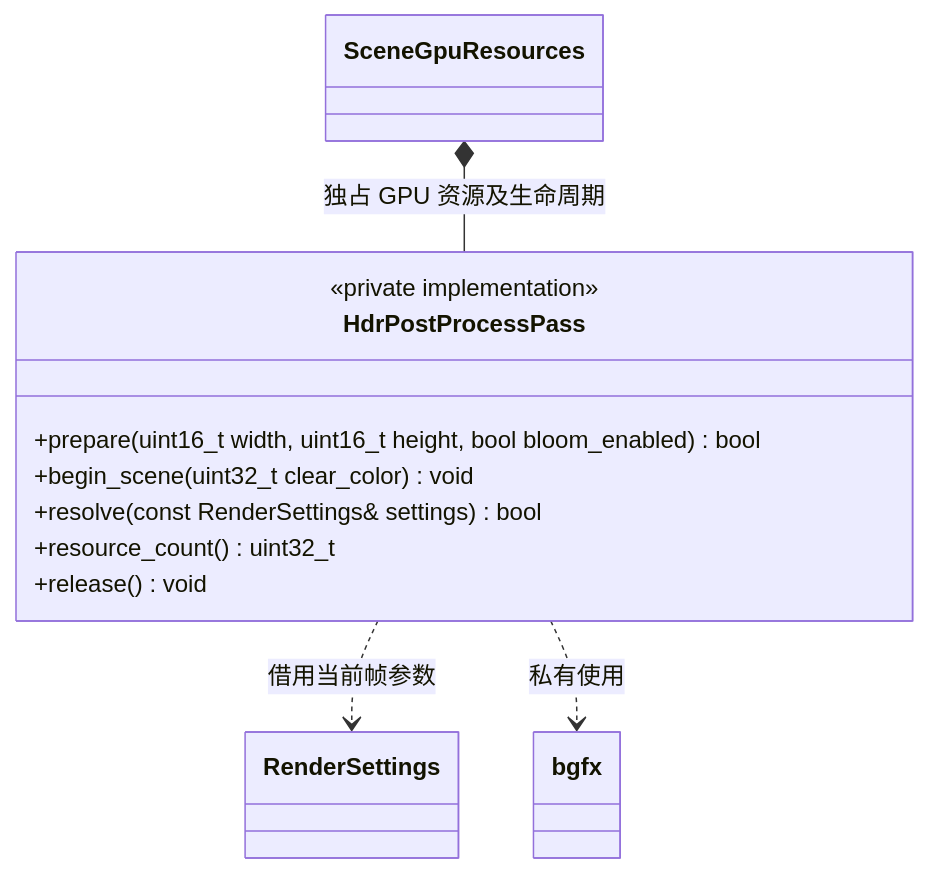
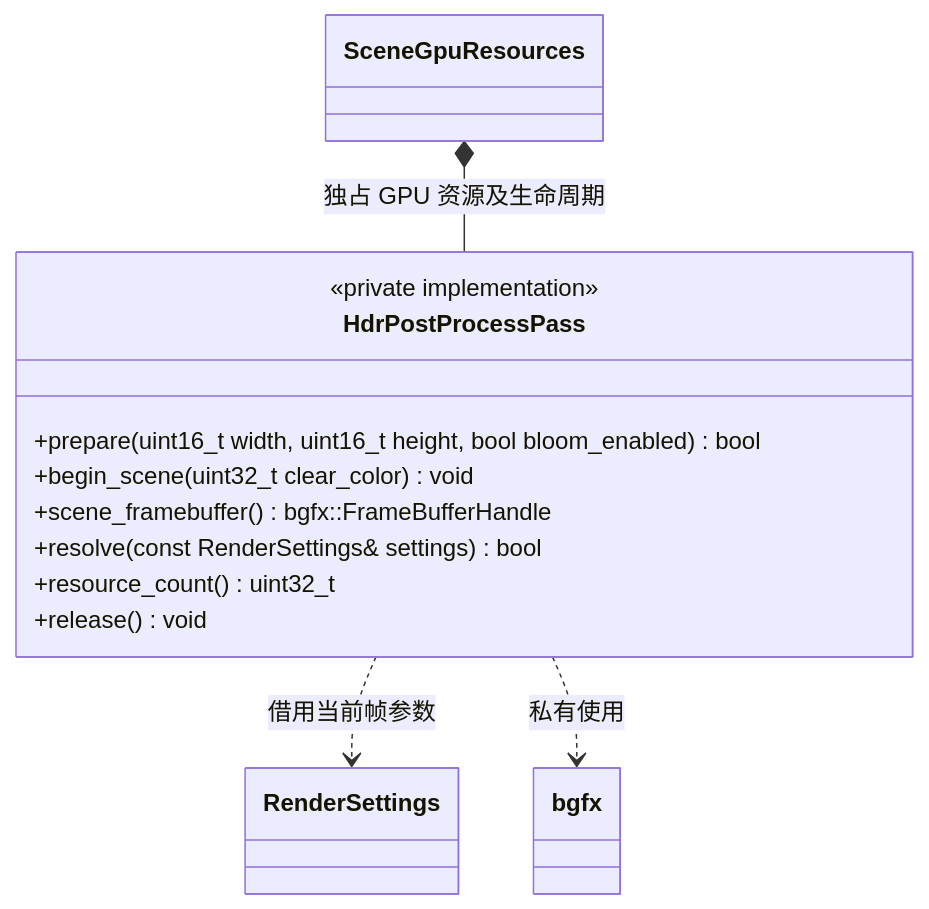
Before and after one commit to lcals/Engine: the seventh of 7 diagrams in docs/runtime/class-diagrams/render-system.md, drawn with Mermaid. The commit also changed other lines of this file and 107 other files, not shown here.

````diff
--- a/docs/runtime/class-diagrams/render-system.md
+++ b/docs/runtime/class-diagrams/render-system.md
@@ -427,17 +430,18 @@
 ```mermaid
 classDiagram
     class SceneGpuResources
     class HdrPostProcessPass {
         <<private implementation>>
         +prepare(uint16_t width, uint16_t height, bool bloom_enabled) bool
         +begin_scene(uint32_t clear_color) void
+        +scene_framebuffer() bgfx::FrameBufferHandle
         +resolve(const RenderSettings& settings) bool
         +resource_count() uint32_t
         +release() void
     }
     class RenderSettings
     class bgfx
     SceneGpuResources *-- HdrPostProcessPass : 独占 GPU 资源及生命周期
     HdrPostProcessPass ..> RenderSettings : 借用当前帧参数
     HdrPostProcessPass ..> bgfx : 私有使用
 ```
````
